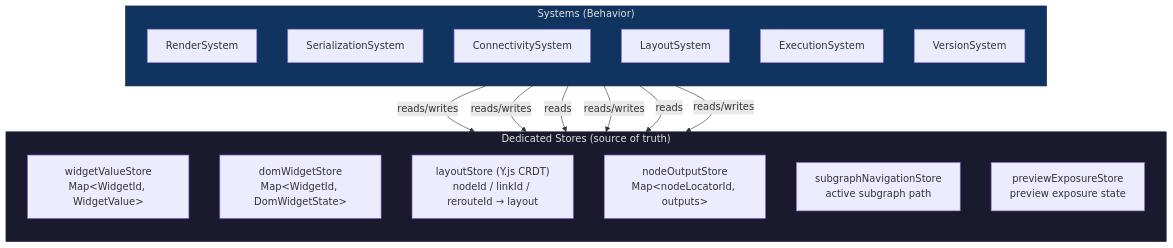
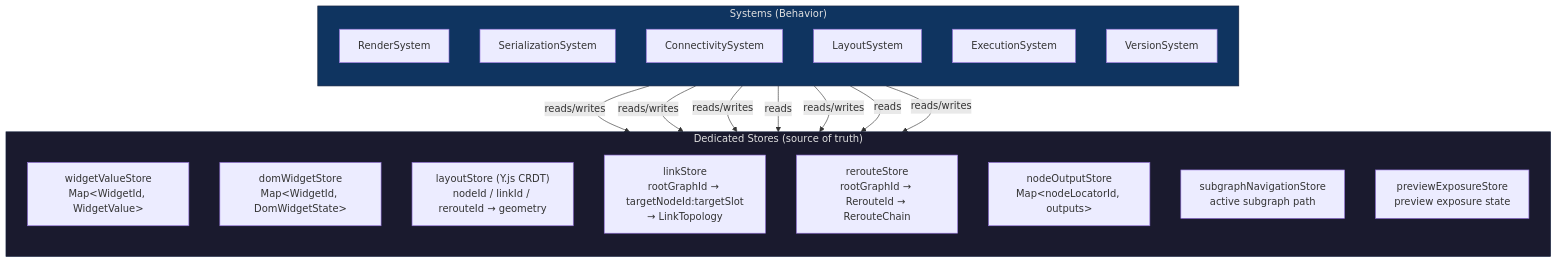
One commit to Comfy-Org/ComfyUI_frontend changed the first of 12 diagrams in docs/architecture/ecs-target-architecture.md. Above: the diagram before and after it, drawn with Mermaid. The commit also changed other lines of this file and 9 other files, not shown here.

First line of the commit message:
docs: align ECS architecture records with shipped link/reroute stores

````diff
--- a/docs/architecture/ecs-target-architecture.md
+++ b/docs/architecture/ecs-target-architecture.md
@@ -12,38 +12,44 @@
 ```mermaid
 graph TD
     subgraph Stores["Dedicated Stores (source of truth)"]
         direction TB
         WidgetValueStore["widgetValueStore
 Map&lt;WidgetId, WidgetValue&gt;"]
         DomWidgetStore["domWidgetStore
 Map&lt;WidgetId, DomWidgetState&gt;"]
         LayoutStore["layoutStore (Y.js CRDT)
-nodeId / linkId / rerouteId → layout"]
+nodeId / linkId / rerouteId → geometry"]
+        LinkStore["linkStore
+rootGraphId → targetNodeId:targetSlot
+→ LinkTopology"]
+        RerouteStore["rerouteStore
+rootGraphId → RerouteId → RerouteChain"]
         NodeOutputStore["nodeOutputStore
 Map&lt;nodeLocatorId, outputs&gt;"]
         SubgraphNavStore["subgraphNavigationStore
 active subgraph path"]
         PreviewExposureStore["previewExposureStore
 preview exposure state"]
     end
 
     subgraph Systems["Systems (Behavior)"]
         direction TB
         RS["RenderSystem"]
         SS["SerializationSystem"]
         CS["ConnectivitySystem"]
         LS["LayoutSystem"]
         ES["ExecutionSystem"]
         VS["VersionSystem"]
     end
 
     RS -->|reads| Stores
     SS -->|reads/writes| Stores
-    CS -->|reads/writes| LayoutStore
+    CS -->|reads/writes| LinkStore
+    CS -->|reads/writes| RerouteStore
     LS -->|reads/writes| LayoutStore
     ES -->|reads| NodeOutputStore
     VS -->|reads/writes| LayoutStore
 
     style Stores fill:#1a1a2e,stroke:#16213e,color:#e0e0e0
     style Systems fill:#0f3460,stroke:#16213e,color:#e0e0e0
 ```
````
